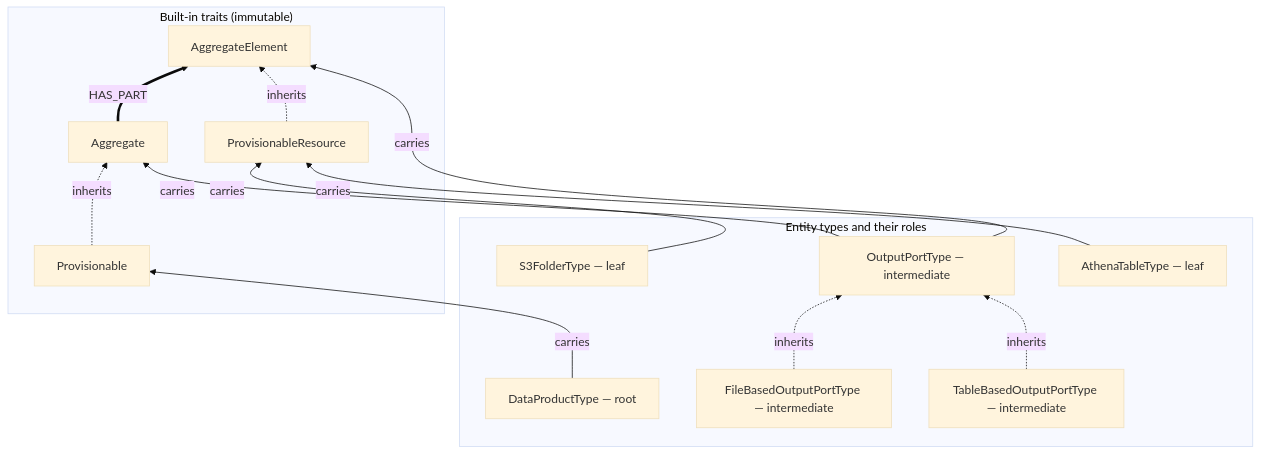
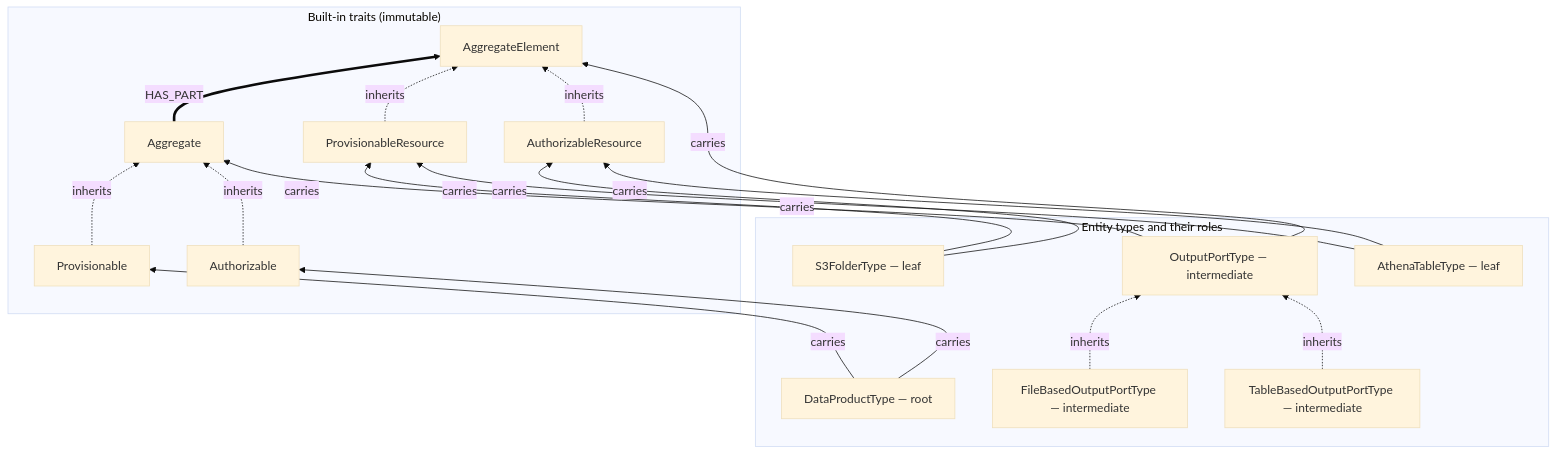
Before and after one commit to dgreco/metacatalog: the first of 2 diagrams in README.md, drawn with Mermaid (base theme). The commit also changed other lines of this file and 34 other files, not shown here.

````diff
--- a/README.md
+++ b/README.md
@@ -875,19 +904,24 @@
 ```mermaid
 flowchart BT
     subgraph builtin["Built-in traits (immutable)"]
         AGG["Aggregate"]
         ELEM["AggregateElement"]
         AGG =="HAS_PART"==> ELEM
         PROV["Provisionable"] -. inherits .-> AGG
         RES["ProvisionableResource"] -. inherits .-> ELEM
+        AUTH["Authorizable"] -. inherits .-> AGG
+        AUTHRES["AuthorizableResource"] -. inherits .-> ELEM
     end
     subgraph types["Entity types and their roles"]
         DPT["DataProductType — root"] --"carries"--> PROV
+        DPT --"carries"--> AUTH
         OPT["OutputPortType — intermediate"] --"carries"--> AGG
         OPT --"carries"--> ELEM
         FBT["FileBasedOutputPortType — intermediate"] -. inherits .-> OPT
         TBT["TableBasedOutputPortType — intermediate"] -. inherits .-> OPT
         S3T["S3FolderType — leaf"] --"carries"--> RES
+        S3T --"carries"--> AUTHRES
         ATT["AthenaTableType — leaf"] --"carries"--> RES
+        ATT --"carries"--> AUTHRES
     end
 ```
````
